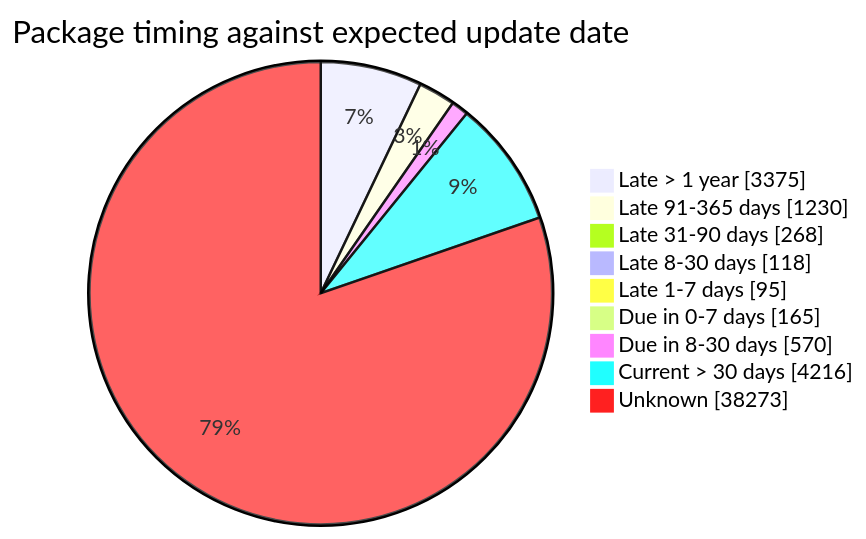
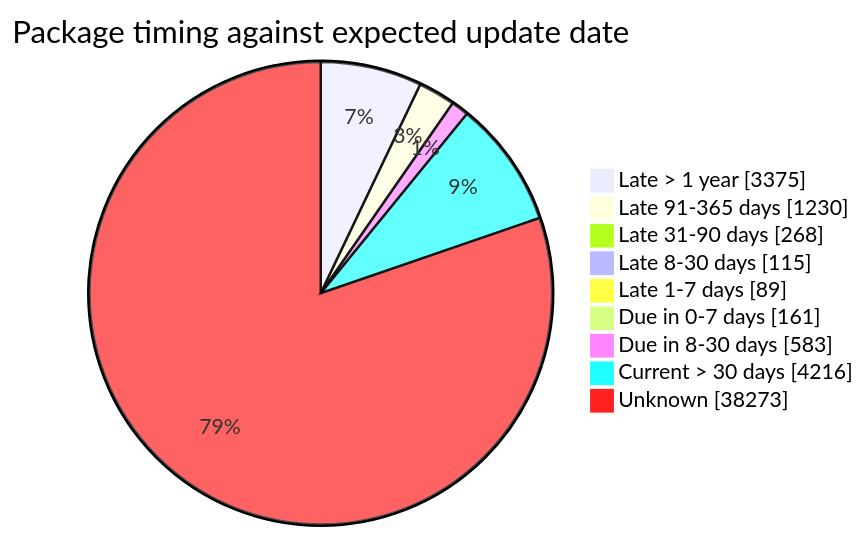
The fourth of 5 diagrams in FreshCheck/README.md (open-data/analytics-corporate-reporting), drawn with Mermaid before and after one commit. The commit also changed other lines of this file and 3 other files, not shown here.

````diff
--- a/FreshCheck/README.md
+++ b/FreshCheck/README.md
@@ -86,12 +86,12 @@
 ```mermaid
 pie showData title Package timing against expected update date
     "Late > 1 year": 3375
     "Late 91-365 days": 1230
     "Late 31-90 days": 268
-    "Late 8-30 days": 118
-    "Late 1-7 days": 95
-    "Due in 0-7 days": 165
-    "Due in 8-30 days": 570
+    "Late 8-30 days": 115
+    "Late 1-7 days": 89
+    "Due in 0-7 days": 161
+    "Due in 8-30 days": 583
     "Current > 30 days": 4216
     "Unknown": 38273
 ```
````
